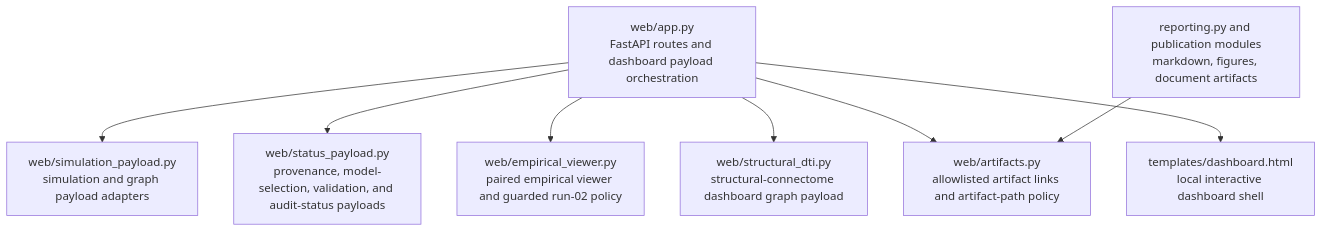
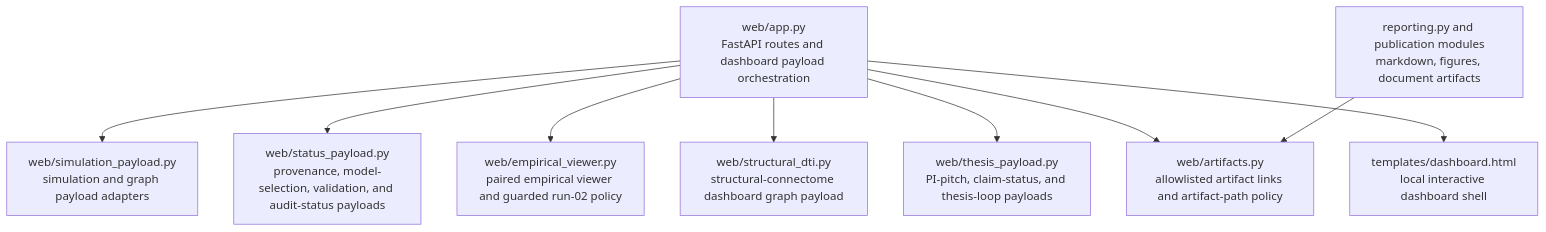
Before and after one commit to grimgrimberg/LSD_Thesis: the second of 2 diagrams in docs/architecture.md, drawn with Mermaid. The commit also changed 5 other files, not shown here.

Commit message:
Split thesis dashboard payloads

````diff
--- a/docs/architecture.md
+++ b/docs/architecture.md
@@ -54,19 +54,21 @@
 ```mermaid
 flowchart TD
     APP["web/app.py\nFastAPI routes and dashboard payload orchestration"]
     SIM["web/simulation_payload.py\nsimulation and graph payload adapters"]
     STATUS["web/status_payload.py\nprovenance, model-selection, validation, and audit-status payloads"]
     EMP["web/empirical_viewer.py\npaired empirical viewer and guarded run-02 policy"]
     DTI["web/structural_dti.py\nstructural-connectome dashboard graph payload"]
+    THESIS["web/thesis_payload.py\nPI-pitch, claim-status, and thesis-loop payloads"]
     ART["web/artifacts.py\nallowlisted artifact links and artifact-path policy"]
     TEMPLATE["templates/dashboard.html\nlocal interactive dashboard shell"]
     REPORTS["reporting.py and publication modules\nmarkdown, figures, document artifacts"]
 
     APP --> SIM
     APP --> STATUS
     APP --> EMP
     APP --> DTI
+    APP --> THESIS
     APP --> ART
     APP --> TEMPLATE
     REPORTS --> ART
 ```
````
